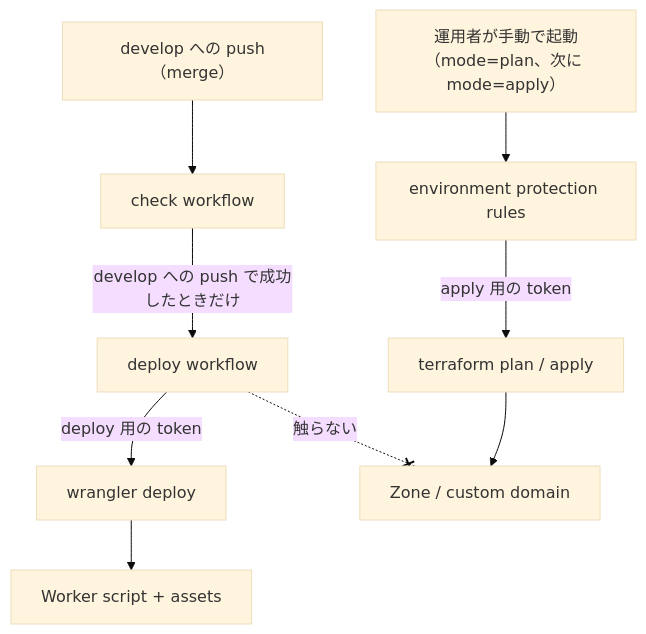
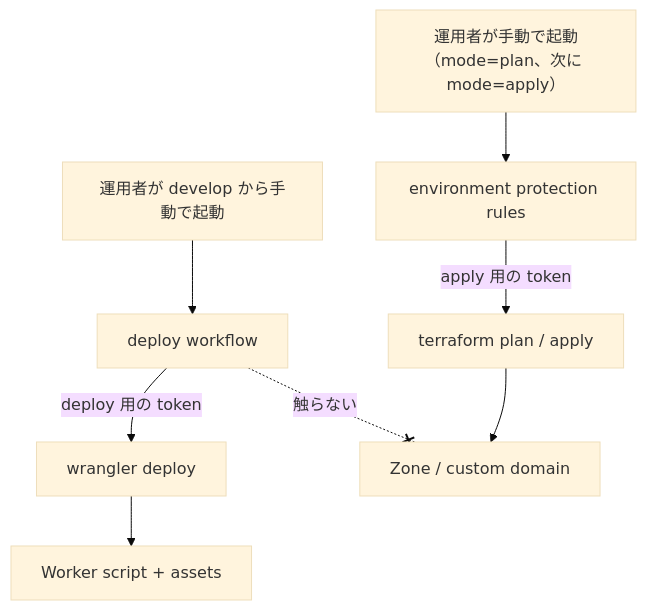
One commit to Fukuemon/fukuemon.dev changed the diagram in infra/DesignDoc.md. Above: the diagram before and after it, drawn with Mermaid (base theme). The commit also changed other lines of this file and 4 other files, not shown here.

Commit message:
ci: サイトを作り直す間は、develop への push で本番へ配信しない #32

````diff
--- a/infra/DesignDoc.md
+++ b/infra/DesignDoc.md
@@ -41,11 +41,10 @@
 ```mermaid
 flowchart TD
-    push["develop への push（merge）"] --> chk["check workflow"]
-    chk -->|"develop への push で成功したときだけ"| ci["deploy workflow"]
+    dmanual["運用者が develop から手動で起動"] --> ci["deploy workflow"]
     ci -->|"deploy 用の token"| wd["wrangler deploy"]
     wd --> worker["Worker script + assets"]
     manual["運用者が手動で起動（mode=plan、次に mode=apply）"] --> env["environment protection rules"]
     env -->|"apply 用の token"| tf["terraform plan / apply"]
     tf --> base["Zone / custom domain"]
     ci -. "触らない" .-x base
 ```
````
